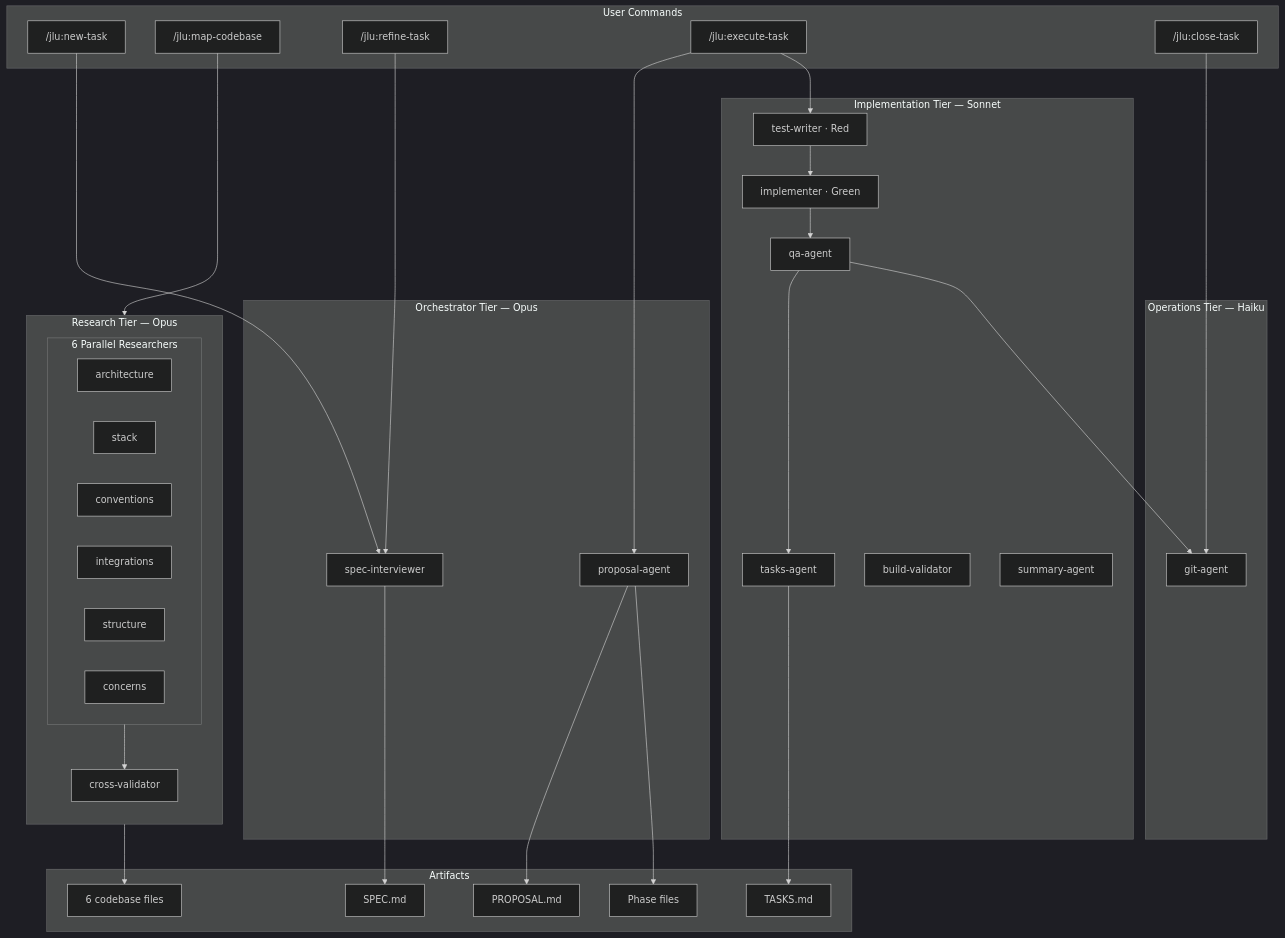
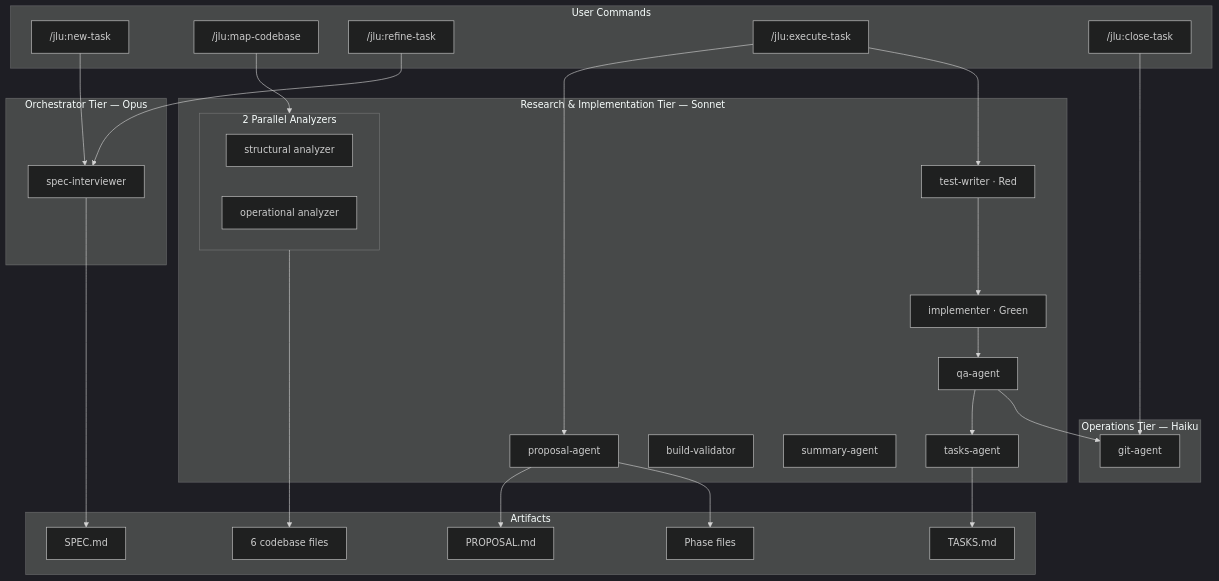
The second of 2 diagrams in README.md (cristian-pisco/jelou-spec-plugin), drawn with Mermaid (dark theme) before and after one commit. The commit also changed other lines of this file and 4 other files, not shown here.

````diff
--- a/README.md
+++ b/README.md
@@ -188,59 +188,49 @@
 ```mermaid
 flowchart TB
     subgraph commands["User Commands"]
         new["/jlu:new-task"]
         map["/jlu:map-codebase"]
         refine["/jlu:refine-task"]
         exec["/jlu:execute-task"]
         close["/jlu:close-task"]
     end
 
     subgraph opus["Orchestrator Tier — Opus"]
         spec_int["spec-interviewer"]
-        proposal["proposal-agent"]
     end
 
-    subgraph opus_agents["Research Tier — Opus"]
-        direction TB
-        subgraph researchers["6 Parallel Researchers"]
-            arch["architecture"]
-            stack["stack"]
-            conv["conventions"]
-            integ["integrations"]
-            struct["structure"]
-            concerns["concerns"]
+    subgraph sonnet["Research & Implementation Tier — Sonnet"]
+        subgraph researchers["2 Parallel Analyzers"]
+            structural["structural analyzer"]
+            operational["operational analyzer"]
         end
-        cross["cross-validator"]
-    end
-
-    subgraph sonnet["Implementation Tier — Sonnet"]
+        proposal["proposal-agent"]
         tw["test-writer · Red"]
         impl["implementer · Green"]
         qa["qa-agent"]
         tasks_ag["tasks-agent"]
         build["build-validator"]
         summary["summary-agent"]
     end
 
     subgraph haiku["Operations Tier — Haiku"]
         git["git-agent"]
     end
 
     subgraph artifacts["Artifacts"]
         spec_file["SPEC.md"]
         prop_file["PROPOSAL.md"]
         phase_files["Phase files"]
         codebase["6 codebase files"]
         tasks_file["TASKS.md"]
     end
 
-    map --> researchers
-    researchers --> cross --> codebase
+    map --> researchers --> codebase
     new --> spec_int --> spec_file
     refine --> spec_int
     exec --> proposal --> prop_file & phase_files
     exec --> tw --> impl --> qa
     qa --> tasks_ag --> tasks_file
     qa --> git
     close --> git
 ```
````
